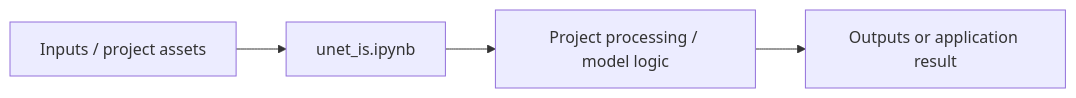
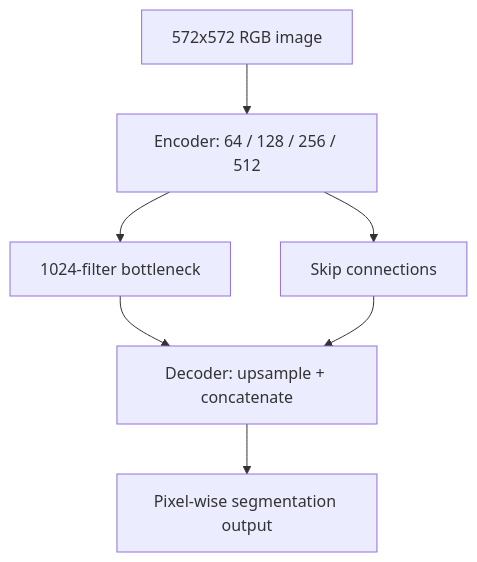
Before and after one commit to Rajkumar-Ai-Engineer/120_ProjectStreak: the diagram in DeepLearning/unet_image_segmentation/README.md, drawn with Mermaid. The commit also changed other lines of this file, not shown here.

````diff
--- a/DeepLearning/unet_image_segmentation/README.md
+++ b/DeepLearning/unet_image_segmentation/README.md
@@ -21,6 +15,9 @@
 ```mermaid
-flowchart LR
-    I[Inputs / project assets] --> E[unet_is.ipynb]
-    E --> P[Project processing / model logic]
-    P --> O[Outputs or application result]
+flowchart TD
+ A[572x572 RGB image] --> B[Encoder: 64 / 128 / 256 / 512]
+ B --> C[1024-filter bottleneck]
+ B --> D[Skip connections]
+ C --> E[Decoder: upsample + concatenate]
+ D --> E
+ E --> F[Pixel-wise segmentation output]
 ```
````
